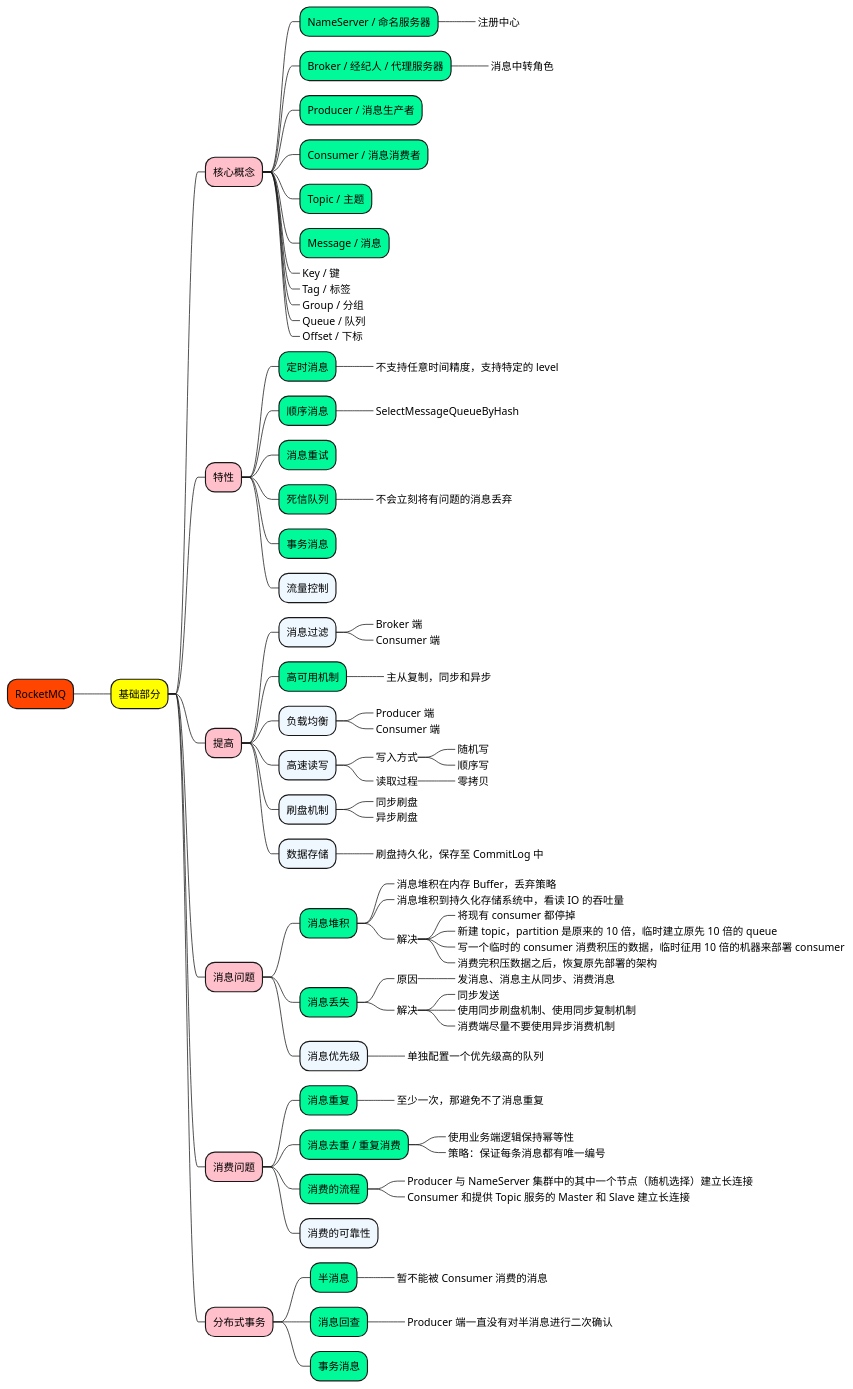
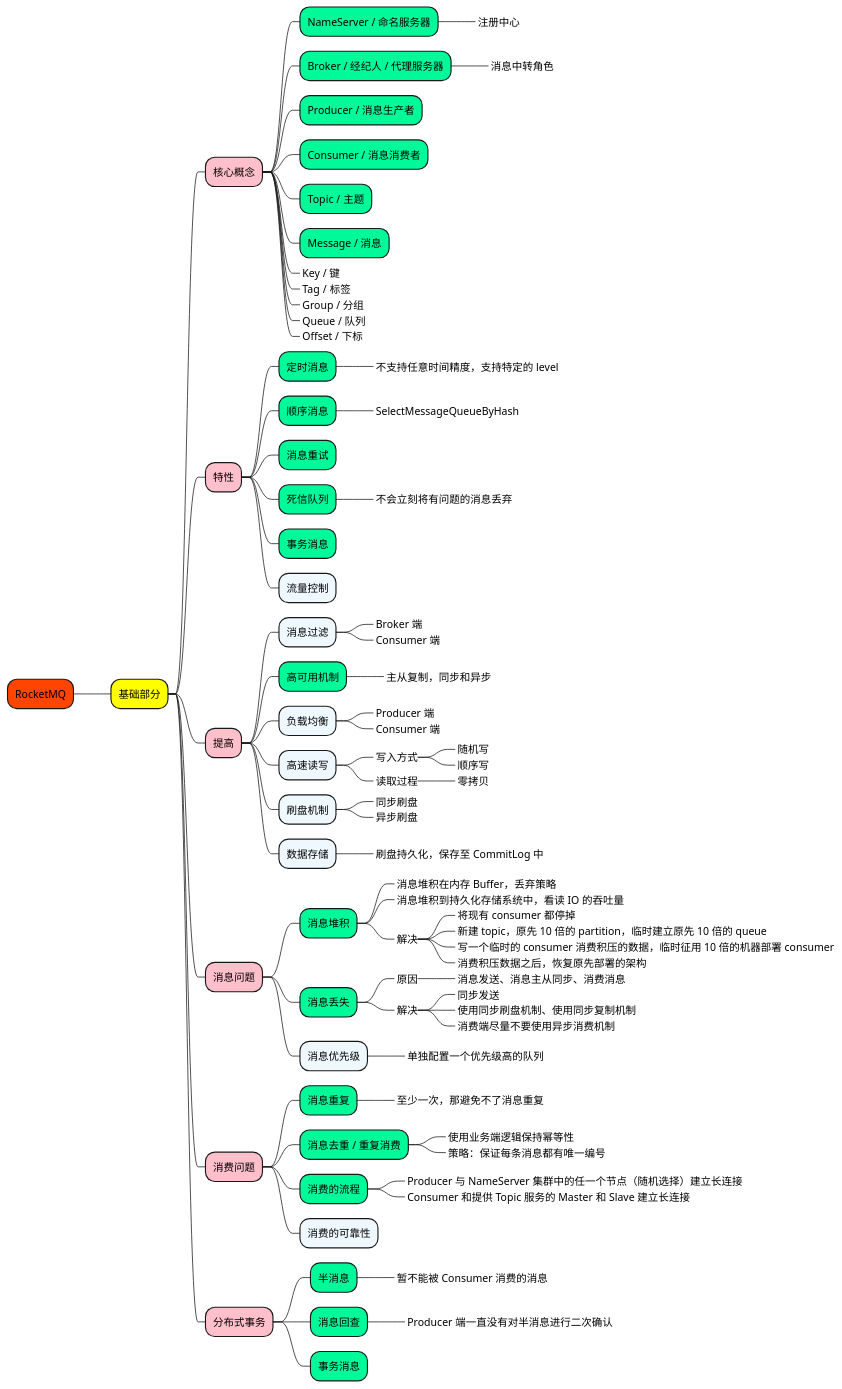
One commit to doveg/self-cultivation-of-a-software-engineer changed the diagram in 1_map/middleware/RocketMQ.puml. Above: the diagram before and after it, drawn with PlantUML. The commit also changed 6 other files, not shown here.

```diff
--- a/1_map/middleware/RocketMQ.puml
+++ b/1_map/middleware/RocketMQ.puml
@@ -1,99 +1,99 @@
 @startmindmap
 
 +[#OrangeRed] RocketMQ
 
 ++[#yellow] 基础部分
 
 +++[#Pink] 核心概念
 ++++[#MediumSpringGreen] NameServer / 命名服务器
 +++++[#GhostWhite]_ 注册中心
 ++++[#MediumSpringGreen] Broker / 经纪人 / 代理服务器
 +++++[#GhostWhite]_ 消息中转角色
 ++++[#MediumSpringGreen] Producer / 消息生产者
 ++++[#MediumSpringGreen] Consumer / 消息消费者
 ++++[#MediumSpringGreen] Topic / 主题
 ++++[#MediumSpringGreen] Message / 消息
 ++++[#AliceBlue]_ Key / 键
 ++++[#AliceBlue]_ Tag / 标签
 ++++[#AliceBlue]_ Group / 分组
 ++++[#AliceBlue]_ Queue / 队列
 ++++[#AliceBlue]_ Offset / 下标
 
 
 +++[#Pink] 特性
 ++++[#MediumSpringGreen] 定时消息
 +++++[#GhostWhite]_ 不支持任意时间精度，支持特定的 level
 ++++[#MediumSpringGreen] 顺序消息
 +++++[#GhostWhite]_ SelectMessageQueueByHash
 ++++[#MediumSpringGreen] 消息重试
 ++++[#MediumSpringGreen] 死信队列
 +++++[#GhostWhite]_ 不会立刻将有问题的消息丢弃
 ++++[#MediumSpringGreen] 事务消息
 ++++[#AliceBlue] 流量控制
 
 
 +++[#Pink] 提高
 
 ++++[#AliceBlue] 消息过滤
 +++++[#GhostWhite]_ Broker 端
 +++++[#GhostWhite]_ Consumer 端
 ++++[#MediumSpringGreen] 高可用机制
 +++++[#GhostWhite]_ 主从复制，同步和异步
 ++++[#AliceBlue] 负载均衡
 +++++[#GhostWhite]_ Producer 端
 +++++[#GhostWhite]_ Consumer 端
 ++++[#AliceBlue] 高速读写
 +++++[#GhostWhite]_ 写入方式
 ++++++[#LightBlue]_ 随机写
 ++++++[#LightBlue]_ 顺序写
 +++++[#GhostWhite]_ 读取过程
 ++++++[#LightBlue]_ 零拷贝
 ++++[#AliceBlue] 刷盘机制
 +++++[#GhostWhite]_ 同步刷盘
 +++++[#GhostWhite]_ 异步刷盘
 ++++[#AliceBlue] 数据存储
 +++++[#GhostWhite]_ 刷盘持久化，保存至 CommitLog 中
 
 
 +++[#Pink] 消息问题
 
 ++++[#MediumSpringGreen] 消息堆积
 +++++[#GhostWhite]_ 消息堆积在内存 Buffer，丢弃策略
 +++++[#GhostWhite]_ 消息堆积到持久化存储系统中，看读 IO 的吞吐量
 +++++[#GhostWhite]_ 解决
 ++++++[#Aquamarine]_ 将现有 consumer 都停掉
-++++++[#Aquamarine]_ 新建 topic，partition 是原来的 10 倍，临时建立原先 10 倍的 queue
-++++++[#Aquamarine]_ 写一个临时的 consumer 消费积压的数据，临时征用 10 倍的机器来部署 consumer
-++++++[#Aquamarine]_ 消费完积压数据之后，恢复原先部署的架构
+++++++[#Aquamarine]_ 新建 topic，原先 10 倍的 partition，临时建立原先 10 倍的 queue
+++++++[#Aquamarine]_ 写一个临时的 consumer 消费积压的数据，临时征用 10 倍的机器部署 consumer
+++++++[#Aquamarine]_ 消费积压数据之后，恢复原先部署的架构
 ++++[#MediumSpringGreen] 消息丢失
 +++++[#GhostWhite]_ 原因
-++++++[#Aquamarine]_ 发消息、消息主从同步、消费消息
+++++++[#Aquamarine]_ 消息发送、消息主从同步、消费消息
 +++++[#GhostWhite]_ 解决
 ++++++[#Aquamarine]_ 同步发送
 ++++++[#Aquamarine]_ 使用同步刷盘机制、使用同步复制机制
 ++++++[#Aquamarine]_ 消费端尽量不要使用异步消费机制
 ++++[#AliceBlue] 消息优先级
 +++++[#GhostWhite]_ 单独配置一个优先级高的队列
 
 +++[#Pink] 消费问题
 
 ++++[#MediumSpringGreen] 消息重复
 +++++[#GhostWhite]_ 至少一次，那避免不了消息重复
 ++++[#MediumSpringGreen] 消息去重 / 重复消费
 +++++[#GhostWhite]_ 使用业务端逻辑保持幂等性
 +++++[#GhostWhite]_ 策略：保证每条消息都有唯一编号
 ++++[#MediumSpringGreen] 消费的流程
-+++++[#GhostWhite]_ Producer 与 NameServer 集群中的其中一个节点（随机选择）建立长连接
++++++[#GhostWhite]_ Producer 与 NameServer 集群中的任一个节点（随机选择）建立长连接
 +++++[#GhostWhite]_ Consumer 和提供 Topic 服务的 Master 和 Slave 建立长连接
 ++++[#AliceBlue] 消费的可靠性
 
 +++[#Pink] 分布式事务
 
 ++++[#MediumSpringGreen] 半消息
 +++++[#GhostWhite]_ 暂不能被 Consumer 消费的消息
 ++++[#MediumSpringGreen] 消息回查
 +++++[#GhostWhite]_ Producer 端一直没有对半消息进行二次确认
 ++++[#MediumSpringGreen] 事务消息
 
 
 @endmindmap
```
